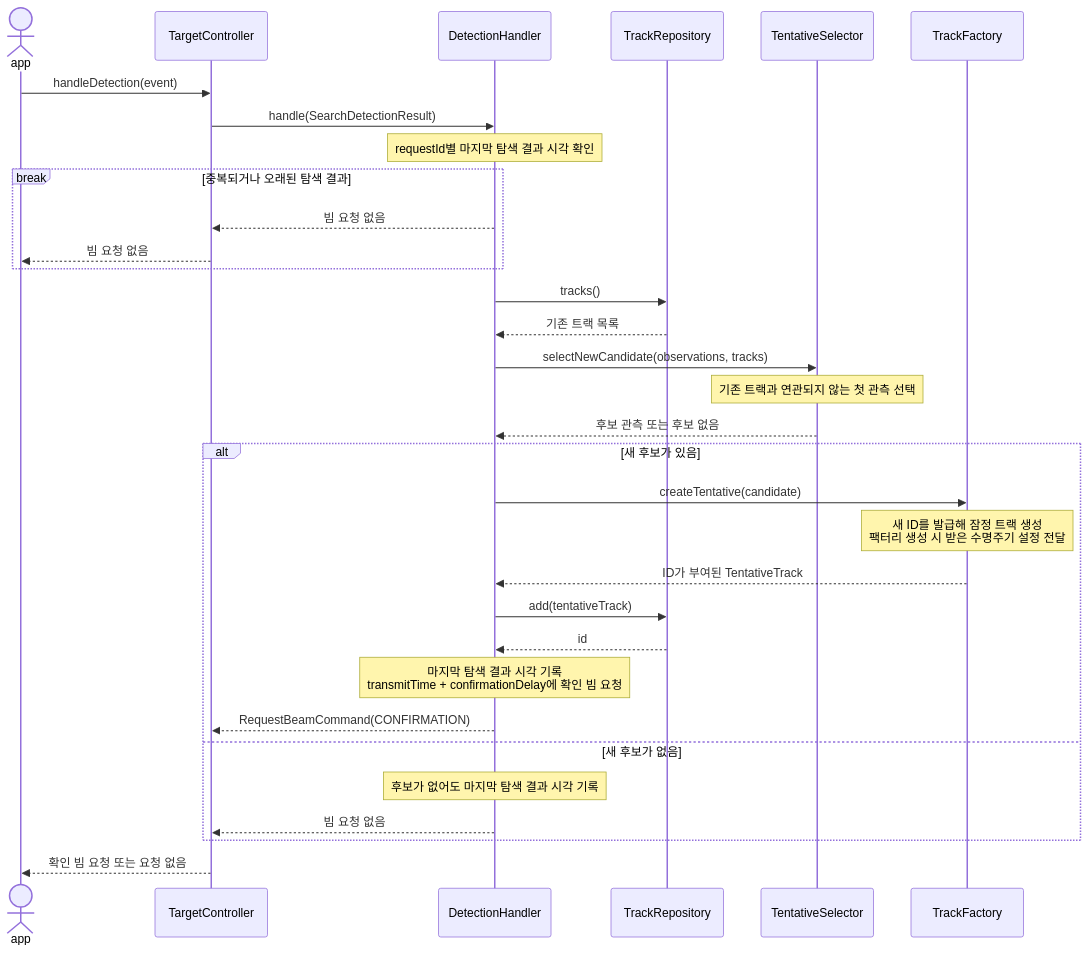
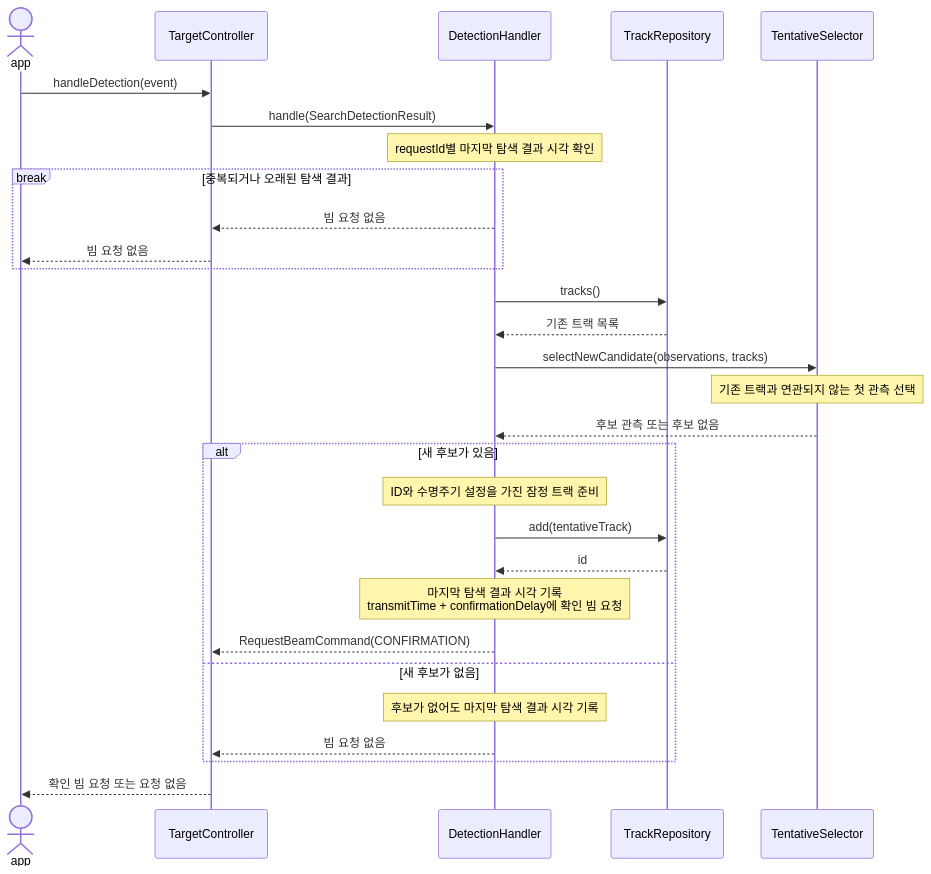
One commit to AESAlien/aesa-processor changed the fourth of 8 diagrams in src/target/README.md. Above: the diagram before and after it, drawn with Mermaid. The commit also changed other lines of this file and 13 other files, not shown here.

````diff
--- a/src/target/README.md
+++ b/src/target/README.md
@@ -116,37 +116,34 @@
 ```mermaid
 sequenceDiagram
     actor app
     participant TargetController
     participant DetectionHandler
     participant TrackRepository
     participant TentativeSelector
-    participant TrackFactory
 
     app->>TargetController: handleDetection(event)
     TargetController->>DetectionHandler: handle(SearchDetectionResult)
     Note over DetectionHandler: requestId별 마지막 탐색 결과 시각 확인
     break 중복되거나 오래된 탐색 결과
         DetectionHandler-->>TargetController: 빔 요청 없음
         TargetController-->>app: 빔 요청 없음
     end
 
     DetectionHandler->>TrackRepository: tracks()
     TrackRepository-->>DetectionHandler: 기존 트랙 목록
     DetectionHandler->>TentativeSelector: selectNewCandidate(observations, tracks)
     Note over TentativeSelector: 기존 트랙과 연관되지 않는 첫 관측 선택
     TentativeSelector-->>DetectionHandler: 후보 관측 또는 후보 없음
 
     alt 새 후보가 있음
-        DetectionHandler->>TrackFactory: createTentative(candidate)
-        Note over TrackFactory: 새 ID를 발급해 잠정 트랙 생성<br/>팩터리 생성 시 받은 수명주기 설정 전달
-        TrackFactory-->>DetectionHandler: ID가 부여된 TentativeTrack
+        Note over DetectionHandler: ID와 수명주기 설정을 가진 잠정 트랙 준비
         DetectionHandler->>TrackRepository: add(tentativeTrack)
         TrackRepository-->>DetectionHandler: id
         Note over DetectionHandler: 마지막 탐색 결과 시각 기록<br/>transmitTime + confirmationDelay에 확인 빔 요청
         DetectionHandler-->>TargetController: RequestBeamCommand(CONFIRMATION)
     else 새 후보가 없음
         Note over DetectionHandler: 후보가 없어도 마지막 탐색 결과 시각 기록
         DetectionHandler-->>TargetController: 빔 요청 없음
     end
     TargetController-->>app: 확인 빔 요청 또는 요청 없음
 ```
````
